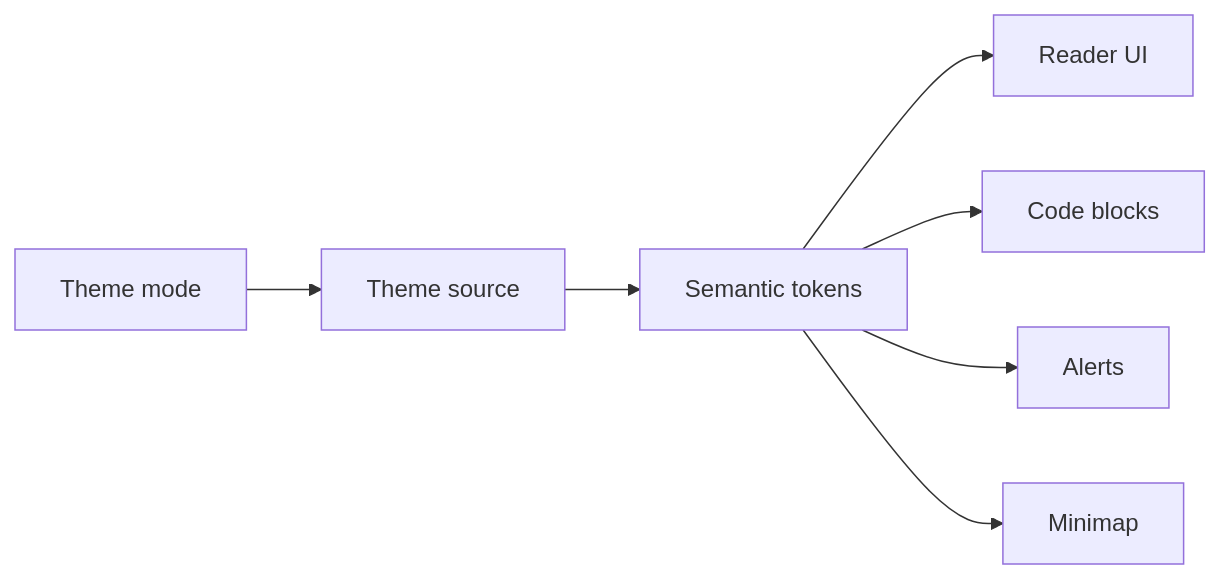
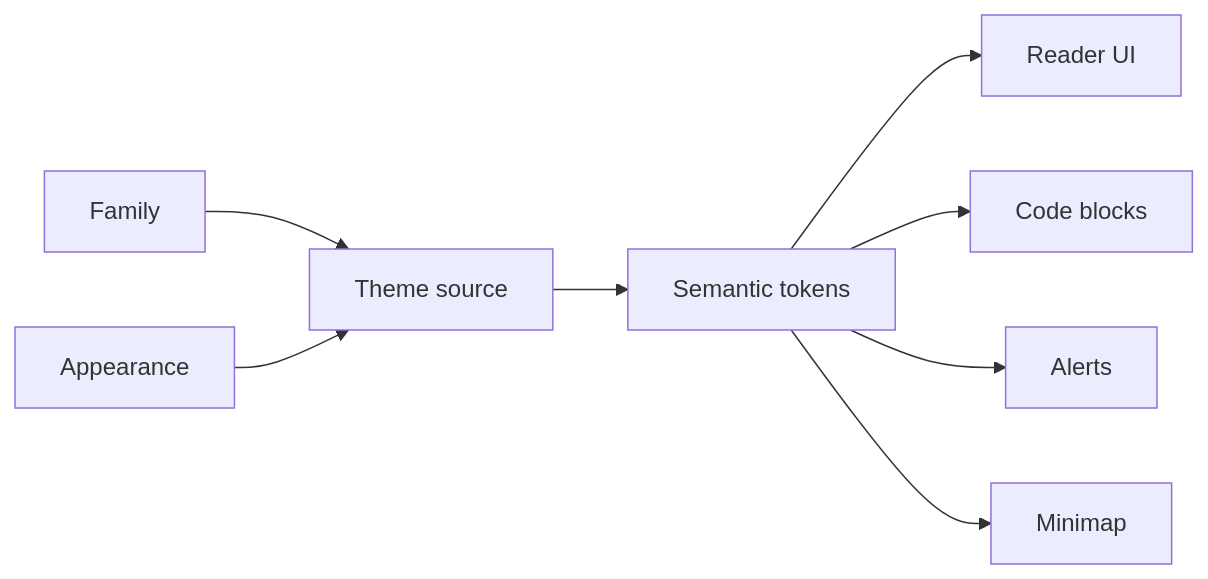
The diagram in docs/01-features/06-themes.md (ryanallen/leaftext), drawn with Mermaid before and after one commit. The commit also changed other lines of this file and 11 other files, not shown here.

Commit message:
Fix WebView2 startup crash (link the reading-mode stylesheet instead of inlining), constrain the theme bottom sheet, default to the Fern theme, and fetch theme fonts from Google Fonts

````diff
--- a/docs/01-features/06-themes.md
+++ b/docs/01-features/06-themes.md
@@ -18,9 +32,10 @@
 ```mermaid
 flowchart LR
-    A[Theme mode] --> B[Theme source]
-    B --> C[Semantic tokens]
-    C --> D[Reader UI]
-    C --> E[Code blocks]
-    C --> F[Alerts]
-    C --> G[Minimap]
+    A[Family] --> C[Theme source]
+    B[Appearance] --> C
+    C --> D[Semantic tokens]
+    D --> E[Reader UI]
+    D --> F[Code blocks]
+    D --> G[Alerts]
+    D --> H[Minimap]
 ```
````
